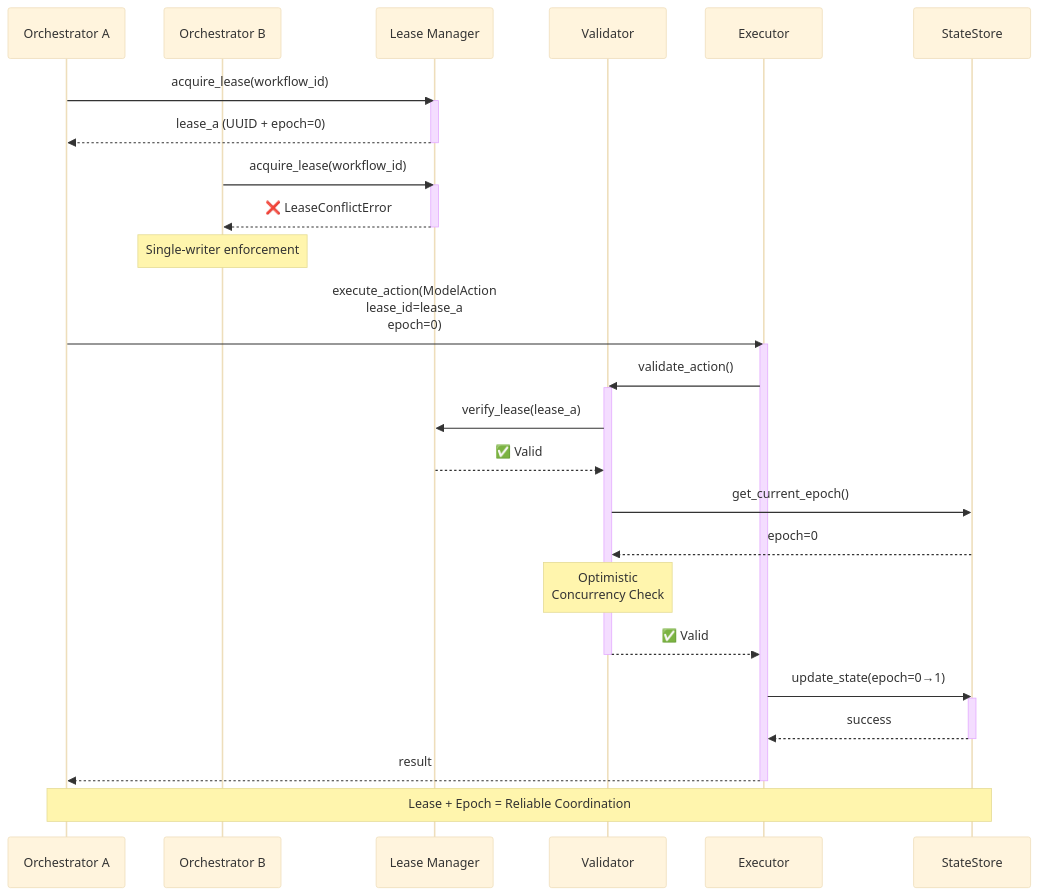
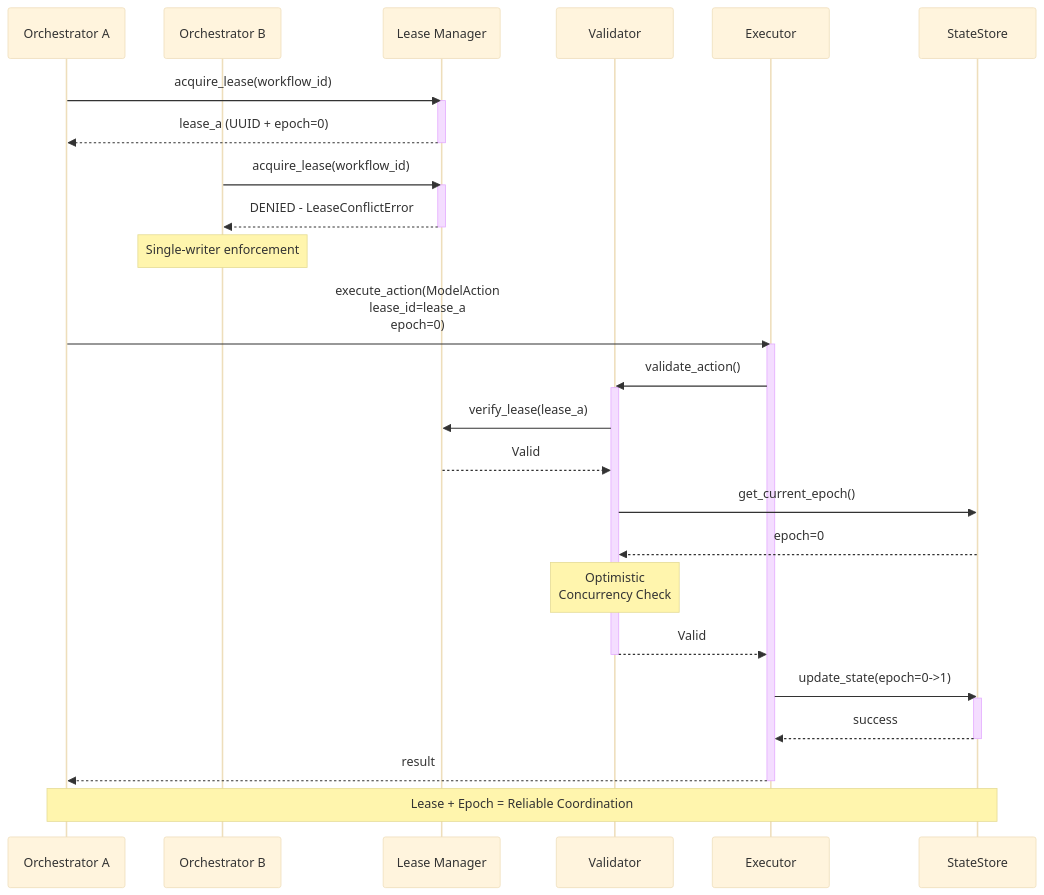
Before and after one commit to OmniNode-ai/omnibase_core: the third of 3 diagrams in docs/architecture/ONEX_FOUR_NODE_ARCHITECTURE.md, drawn with Mermaid (base theme). The commit also changed other lines of this file and 2 other files, not shown here.

Commit message:
fix(docs): improve mermaid diagram compatibility for cross-platform rendering
Fix mermaid syntax issues that prevent diagrams from rendering correctly
on certain platforms:
- Remove space after colon in stroke-dasharray CSS values
- Replace emoji characters with ASCII text equivalents
- Replace Unicode arrow with ASCII equivalent
- Change square brackets to parentheses in sequence diagram participant
  aliases to avoid conflict with actor shape syntax
- Replace comparison operators in state diagram labels to prevent
  HTML tag interpretation

````diff
--- a/docs/architecture/ONEX_FOUR_NODE_ARCHITECTURE.md
+++ b/docs/architecture/ONEX_FOUR_NODE_ARCHITECTURE.md
@@ -1173,43 +1173,43 @@
 ```mermaid
 sequenceDiagram
     participant Orch1 as Orchestrator A
     participant Orch2 as Orchestrator B
     participant LeaseMgr as Lease Manager
     participant Validator
     participant Executor
     participant StateStore
 
     Orch1->>LeaseMgr: acquire_lease(workflow_id)
     activate LeaseMgr
     LeaseMgr-->>Orch1: lease_a (UUID + epoch=0)
     deactivate LeaseMgr
 
     Orch2->>LeaseMgr: acquire_lease(workflow_id)
     activate LeaseMgr
-    LeaseMgr-->>Orch2: ❌ LeaseConflictError
+    LeaseMgr-->>Orch2: DENIED - LeaseConflictError
     deactivate LeaseMgr
     Note over Orch2: Single-writer enforcement
 
     Orch1->>Executor: execute_action(ModelAction<br/>lease_id=lease_a<br/>epoch=0)
     activate Executor
 
     Executor->>Validator: validate_action()
     activate Validator
     Validator->>LeaseMgr: verify_lease(lease_a)
-    LeaseMgr-->>Validator: ✅ Valid
+    LeaseMgr-->>Validator: Valid
     Validator->>StateStore: get_current_epoch()
     StateStore-->>Validator: epoch=0
     Note over Validator: Optimistic<br/>Concurrency Check
-    Validator-->>Executor: ✅ Valid
+    Validator-->>Executor: Valid
     deactivate Validator
 
-    Executor->>StateStore: update_state(epoch=0→1)
+    Executor->>StateStore: update_state(epoch=0->1)
     activate StateStore
     StateStore-->>Executor: success
     deactivate StateStore
 
     Executor-->>Orch1: result
     deactivate Executor
 
     Note over Orch1,StateStore: Lease + Epoch = Reliable Coordination
 ```
````
